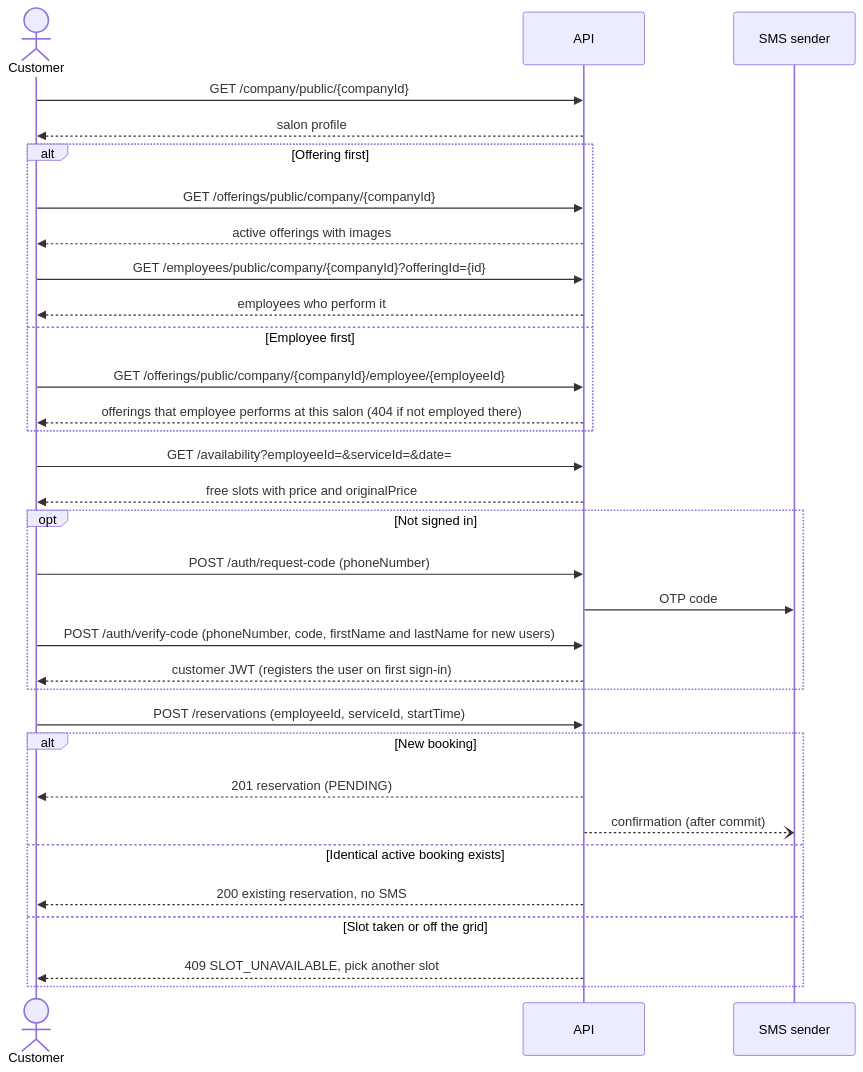
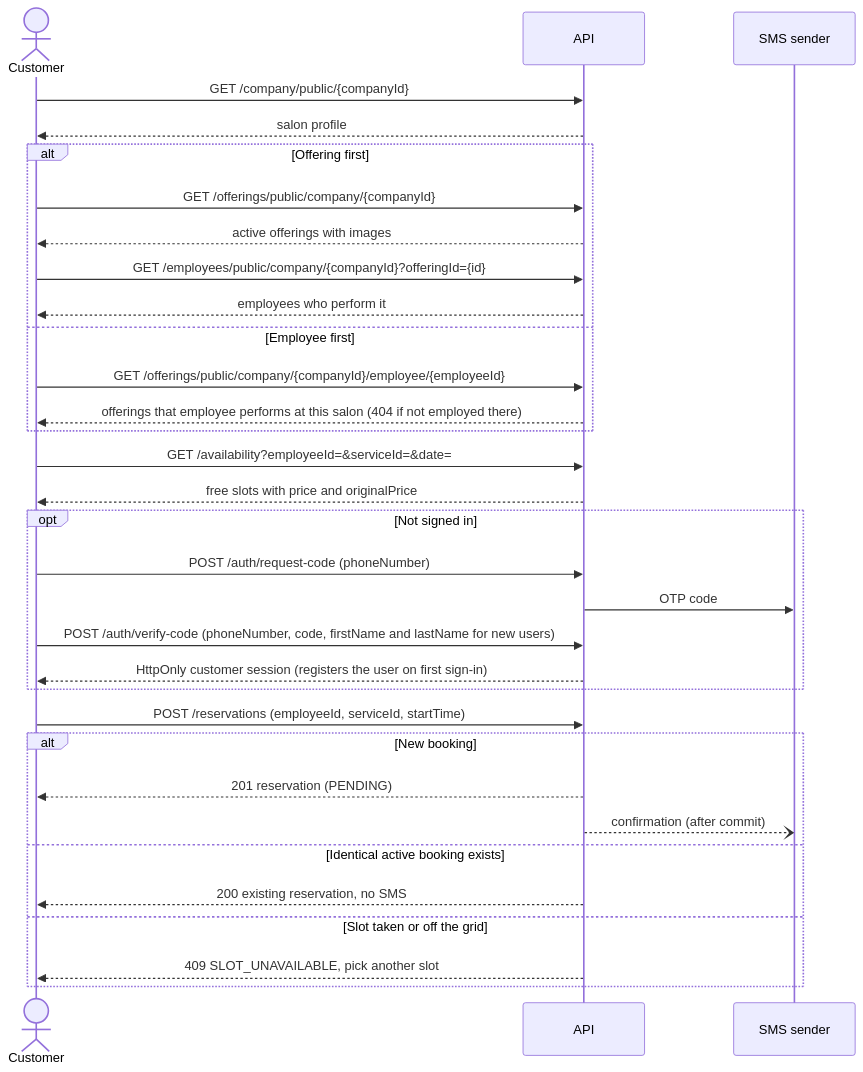
Before and after one commit to s24407-pj/scheduler: the second of 8 diagrams in docs/flows.md, drawn with Mermaid. The commit also changed other lines of this file and 78 other files, not shown here.

````diff
--- a/docs/flows.md
+++ b/docs/flows.md
@@ -46,34 +46,34 @@
 ```mermaid
 sequenceDiagram
     actor C as Customer
     participant API
     participant SMS as SMS sender
     C->>API: GET /company/public/{companyId}
     API-->>C: salon profile
     alt Offering first
         C->>API: GET /offerings/public/company/{companyId}
         API-->>C: active offerings with images
         C->>API: GET /employees/public/company/{companyId}?offeringId={id}
         API-->>C: employees who perform it
     else Employee first
         C->>API: GET /offerings/public/company/{companyId}/employee/{employeeId}
         API-->>C: offerings that employee performs at this salon (404 if not employed there)
     end
     C->>API: GET /availability?employeeId=&serviceId=&date=
     API-->>C: free slots with price and originalPrice
     opt Not signed in
         C->>API: POST /auth/request-code (phoneNumber)
         API->>SMS: OTP code
         C->>API: POST /auth/verify-code (phoneNumber, code, firstName and lastName for new users)
-        API-->>C: customer JWT (registers the user on first sign-in)
+        API-->>C: HttpOnly customer session (registers the user on first sign-in)
     end
     C->>API: POST /reservations (employeeId, serviceId, startTime)
     alt New booking
         API-->>C: 201 reservation (PENDING)
         API--)SMS: confirmation (after commit)
     else Identical active booking exists
         API-->>C: 200 existing reservation, no SMS
     else Slot taken or off the grid
         API-->>C: 409 SLOT_UNAVAILABLE, pick another slot
     end
 ```
````
